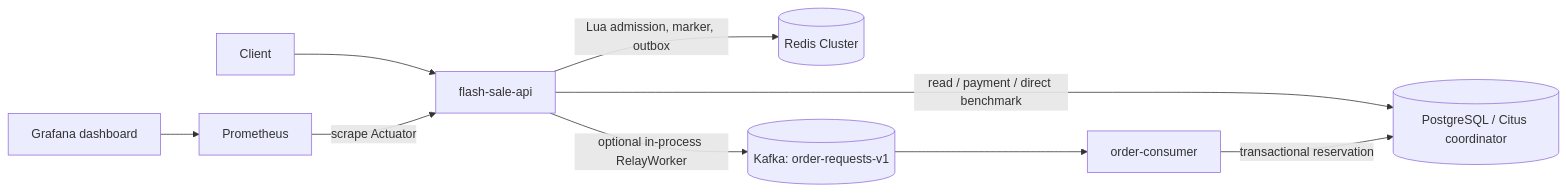
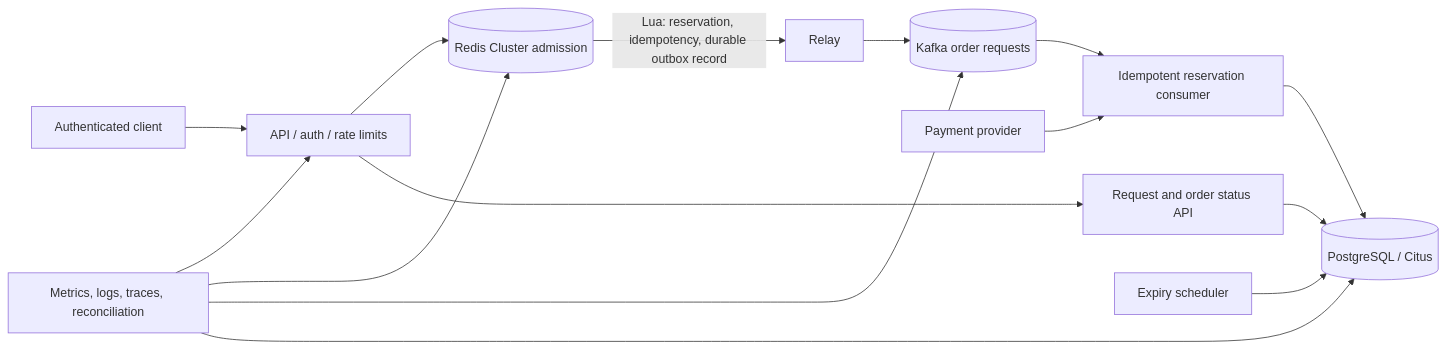
Before and after one commit to KongfuMan/flash-sale-system: the first of 3 diagrams in README.md, drawn with Mermaid. The commit also changed other lines of this file and 9 other files, not shown here.

Commit message:
Remove direct order test endpoint

````diff
--- a/README.md
+++ b/README.md
@@ -69,11 +135,17 @@
 ```mermaid
 flowchart LR
-  Client[Client] --> API[flash-sale-api]
-  API -->|read / payment / direct benchmark| DB[(PostgreSQL / Citus coordinator)]
-  API -->|Lua admission, marker, outbox| Redis[(Redis Cluster)]
-  API -->|optional in-process RelayWorker| Kafka[(Kafka: order-requests-v1)]
-  Kafka --> Consumer[order-consumer]
-  Consumer -->|transactional reservation| DB
-  Prom[Prometheus] -->|scrape Actuator| API
-  Grafana[Grafana dashboard] --> Prom
+  C[Authenticated client] --> G[API / auth / rate limits]
+  G --> R[(Redis Cluster admission)]
+  R -->|Lua: reservation, idempotency, durable outbox record| O[Relay]
+  O --> K[(Kafka order requests)]
+  K --> W[Idempotent reservation consumer]
+  W --> D[(PostgreSQL / Citus)]
+  G --> S[Request and order status API]
+  S --> D
+  P[Payment provider] --> W
+  X[Expiry scheduler] --> D
+  M[Metrics, logs, traces, reconciliation] --> G
+  M --> R
+  M --> K
+  M --> D
 ```
````
